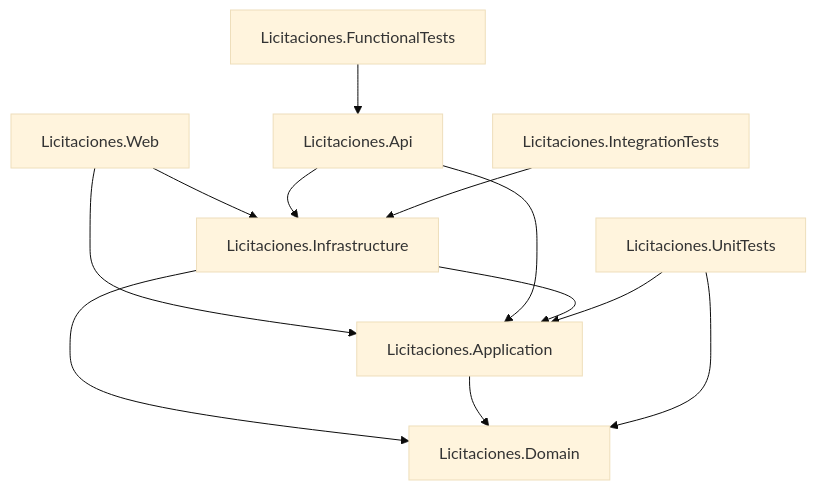
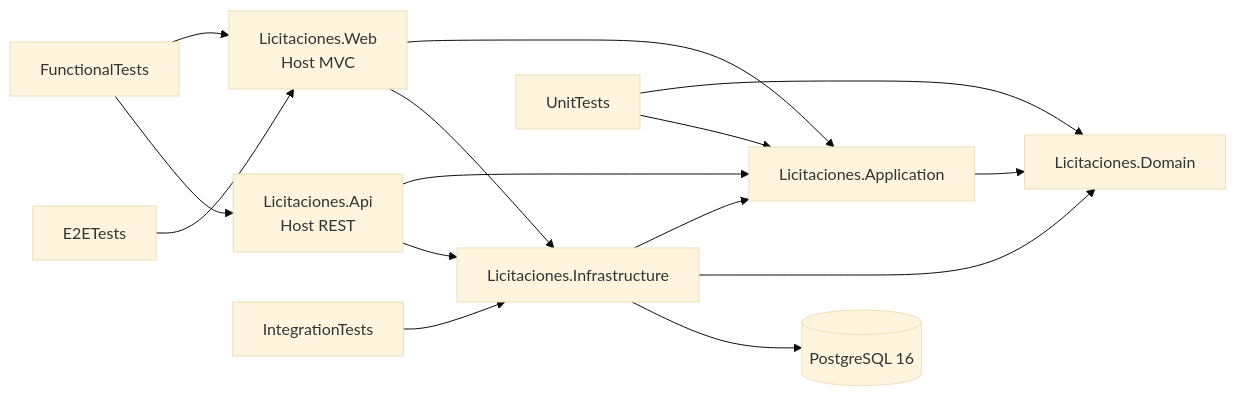
Before and after one commit to eithel03/sistema-gestion-licitaciones-xp: the first of 2 diagrams in docs/arquitectura-general.md, drawn with Mermaid (base theme). The commit also changed other lines of this file and 33 other files, not shown here.

````diff
--- a/docs/arquitectura-general.md
+++ b/docs/arquitectura-general.md
@@ -125,19 +56,18 @@
 ```mermaid
-flowchart TD
-    Web[Licitaciones.Web] --> Application[Licitaciones.Application]
+flowchart LR
+    Web[Licitaciones.Web<br/>Host MVC] --> Application[Licitaciones.Application]
+    Api[Licitaciones.Api<br/>Host REST] --> Application
     Web --> Infrastructure[Licitaciones.Infrastructure]
-
-    Api[Licitaciones.Api] --> Application
     Api --> Infrastructure
-
     Infrastructure --> Application
     Infrastructure --> Domain[Licitaciones.Domain]
+    Application --> Domain
+    Infrastructure --> PostgreSQL[(PostgreSQL 16)]
 
-    Application --> Domain
-
-    UnitTests[Licitaciones.UnitTests] --> Application
-    UnitTests --> Domain
-
-    IntegrationTests[Licitaciones.IntegrationTests] --> Infrastructure
-    FunctionalTests[Licitaciones.FunctionalTests] --> Api
+    Unit[UnitTests] --> Domain
+    Unit --> Application
+    Integration[IntegrationTests] --> Infrastructure
+    Functional[FunctionalTests] --> Web
+    Functional --> Api
+    E2E[E2ETests] --> Web
 ```
````
